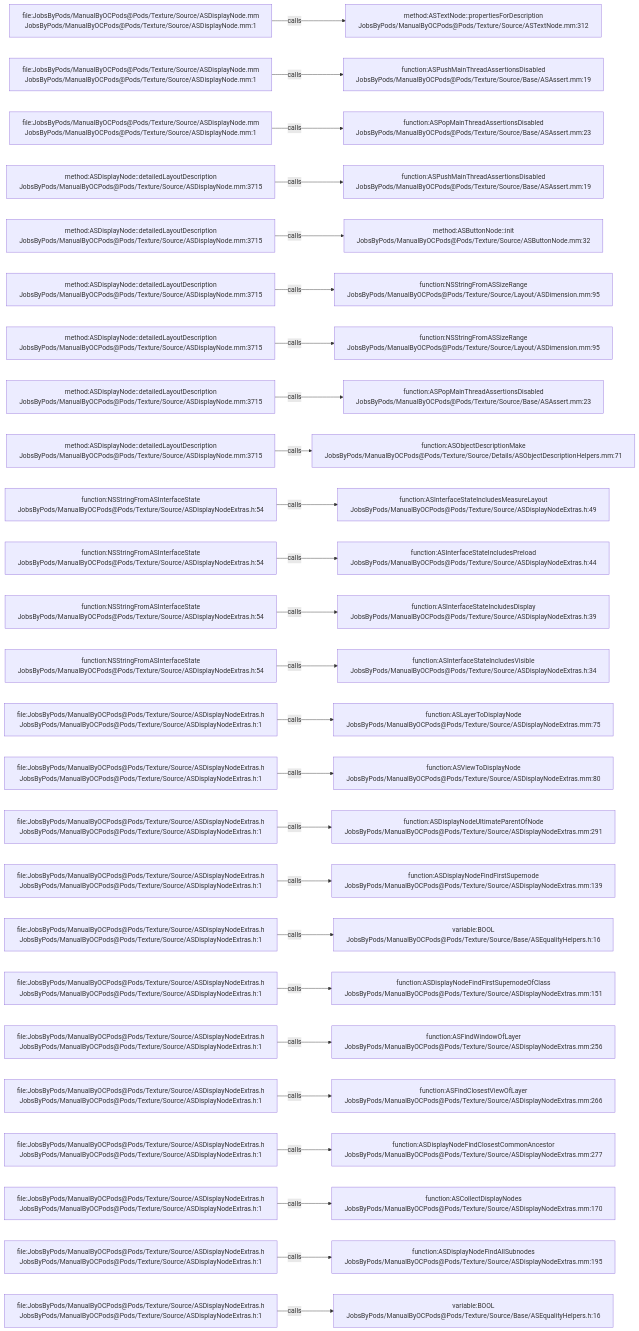
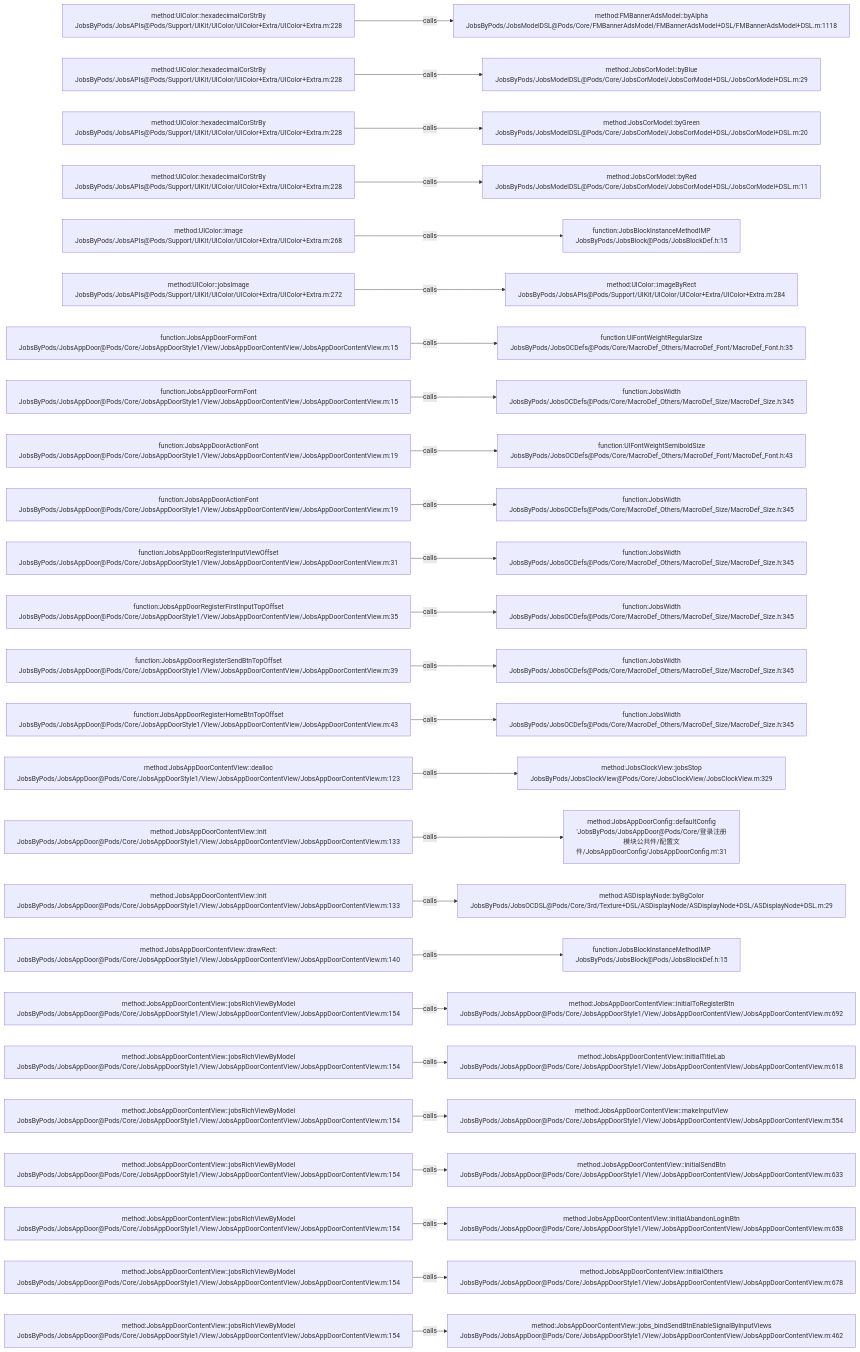
Before and after one commit to JobsKits/JobsOCBaseConfigDemo: the diagram in .codegraph/codegraph.md/graphs/calls-090.md, drawn with Mermaid. The commit also changed 768 other files, not shown here.

````diff
--- a/.codegraph/codegraph.md/graphs/calls-090.md
+++ b/.codegraph/codegraph.md/graphs/calls-090.md
@@ -13,78 +13,78 @@
 ```mermaid
 flowchart LR
-  S1["file:JobsByPods/ManualByOCPods@Pods/Texture/Source/ASDisplayNode.mm<br/>JobsByPods/ManualByOCPods@Pods/Texture/Source/ASDisplayNode.mm:1"]
-  T1["method:ASTextNode::propertiesForDescription<br/>JobsByPods/ManualByOCPods@Pods/Texture/Source/ASTextNode.mm:312"]
+  S1["method:UIColor::hexadecimalCorStrBy<br/>JobsByPods/JobsAPIs@Pods/Support/UIKit/UIColor/UIColor+Extra/UIColor+Extra.m:228"]
+  T1["method:FMBannerAdsModel::byAlpha<br/>JobsByPods/JobsModelDSL@Pods/Core/FMBannerAdsModel/FMBannerAdsModel+DSL/FMBannerAdsModel+DSL.m:1118"]
   S1 -->|calls| T1
-  S2["file:JobsByPods/ManualByOCPods@Pods/Texture/Source/ASDisplayNode.mm<br/>JobsByPods/ManualByOCPods@Pods/Texture/Source/ASDisplayNode.mm:1"]
-  T2["function:ASPushMainThreadAssertionsDisabled<br/>JobsByPods/ManualByOCPods@Pods/Texture/Source/Base/ASAssert.mm:19"]
+  S2["method:UIColor::hexadecimalCorStrBy<br/>JobsByPods/JobsAPIs@Pods/Support/UIKit/UIColor/UIColor+Extra/UIColor+Extra.m:228"]
+  T2["method:JobsCorModel::byBlue<br/>JobsByPods/JobsModelDSL@Pods/Core/JobsCorModel/JobsCorModel+DSL/JobsCorModel+DSL.m:29"]
   S2 -->|calls| T2
-  S3["file:JobsByPods/ManualByOCPods@Pods/Texture/Source/ASDisplayNode.mm<br/>JobsByPods/ManualByOCPods@Pods/Texture/Source/ASDisplayNode.mm:1"]
-  T3["function:ASPopMainThreadAssertionsDisabled<br/>JobsByPods/ManualByOCPods@Pods/Texture/Source/Base/ASAssert.mm:23"]
+  S3["method:UIColor::hexadecimalCorStrBy<br/>JobsByPods/JobsAPIs@Pods/Support/UIKit/UIColor/UIColor+Extra/UIColor+Extra.m:228"]
+  T3["method:JobsCorModel::byGreen<br/>JobsByPods/JobsModelDSL@Pods/Core/JobsCorModel/JobsCorModel+DSL/JobsCorModel+DSL.m:20"]
   S3 -->|calls| T3
-  S4["method:ASDisplayNode::detailedLayoutDescription<br/>JobsByPods/ManualByOCPods@Pods/Texture/Source/ASDisplayNode.mm:3715"]
-  T4["function:ASPushMainThreadAssertionsDisabled<br/>JobsByPods/ManualByOCPods@Pods/Texture/Source/Base/ASAssert.mm:19"]
+  S4["method:UIColor::hexadecimalCorStrBy<br/>JobsByPods/JobsAPIs@Pods/Support/UIKit/UIColor/UIColor+Extra/UIColor+Extra.m:228"]
+  T4["method:JobsCorModel::byRed<br/>JobsByPods/JobsModelDSL@Pods/Core/JobsCorModel/JobsCorModel+DSL/JobsCorModel+DSL.m:11"]
   S4 -->|calls| T4
-  S5["method:ASDisplayNode::detailedLayoutDescription<br/>JobsByPods/ManualByOCPods@Pods/Texture/Source/ASDisplayNode.mm:3715"]
-  T5["method:ASButtonNode::init<br/>JobsByPods/ManualByOCPods@Pods/Texture/Source/ASButtonNode.mm:32"]
+  S5["method:UIColor::image<br/>JobsByPods/JobsAPIs@Pods/Support/UIKit/UIColor/UIColor+Extra/UIColor+Extra.m:268"]
+  T5["function:JobsBlockInstanceMethodIMP<br/>JobsByPods/JobsBlock@Pods/JobsBlockDef.h:15"]
   S5 -->|calls| T5
-  S6["method:ASDisplayNode::detailedLayoutDescription<br/>JobsByPods/ManualByOCPods@Pods/Texture/Source/ASDisplayNode.mm:3715"]
-  T6["function:NSStringFromASSizeRange<br/>JobsByPods/ManualByOCPods@Pods/Texture/Source/Layout/ASDimension.mm:95"]
+  S6["method:UIColor::jobsImage<br/>JobsByPods/JobsAPIs@Pods/Support/UIKit/UIColor/UIColor+Extra/UIColor+Extra.m:272"]
+  T6["method:UIColor::imageByRect<br/>JobsByPods/JobsAPIs@Pods/Support/UIKit/UIColor/UIColor+Extra/UIColor+Extra.m:284"]
   S6 -->|calls| T6
-  S7["method:ASDisplayNode::detailedLayoutDescription<br/>JobsByPods/ManualByOCPods@Pods/Texture/Source/ASDisplayNode.mm:3715"]
-  T7["function:NSStringFromASSizeRange<br/>JobsByPods/ManualByOCPods@Pods/Texture/Source/Layout/ASDimension.mm:95"]
+  S7["function:JobsAppDoorFormFont<br/>JobsByPods/JobsAppDoor@Pods/Core/JobsAppDoorStyle1/View/JobsAppDoorContentView/JobsAppDoorContentView.m:15"]
+  T7["function:UIFontWeightRegularSize<br/>JobsByPods/JobsOCDefs@Pods/Core/MacroDef_Others/MacroDef_Font/MacroDef_Font.h:35"]
   S7 -->|calls| T7
-  S8["method:ASDisplayNode::detailedLayoutDescription<br/>JobsByPods/ManualByOCPods@Pods/Texture/Source/ASDisplayNode.mm:3715"]
-  T8["function:ASPopMainThreadAssertionsDisabled<br/>JobsByPods/ManualByOCPods@Pods/Texture/Source/Base/ASAssert.mm:23"]
+  S8["function:JobsAppDoorFormFont<br/>JobsByPods/JobsAppDoor@Pods/Core/JobsAppDoorStyle1/View/JobsAppDoorContentView/JobsAppDoorContentView.m:15"]
+  T8["function:JobsWidth<br/>JobsByPods/JobsOCDefs@Pods/Core/MacroDef_Others/MacroDef_Size/MacroDef_Size.h:345"]
   S8 -->|calls| T8
-  S9["method:ASDisplayNode::detailedLayoutDescription<br/>JobsByPods/ManualByOCPods@Pods/Texture/Source/ASDisplayNode.mm:3715"]
-  T9["function:ASObjectDescriptionMake<br/>JobsByPods/ManualByOCPods@Pods/Texture/Source/Details/ASObjectDescriptionHelpers.mm:71"]
+  S9["function:JobsAppDoorActionFont<br/>JobsByPods/JobsAppDoor@Pods/Core/JobsAppDoorStyle1/View/JobsAppDoorContentView/JobsAppDoorContentView.m:19"]
+  T9["function:UIFontWeightSemiboldSize<br/>JobsByPods/JobsOCDefs@Pods/Core/MacroDef_Others/MacroDef_Font/MacroDef_Font.h:43"]
   S9 -->|calls| T9
-  S10["function:NSStringFromASInterfaceState<br/>JobsByPods/ManualByOCPods@Pods/Texture/Source/ASDisplayNodeExtras.h:54"]
-  T10["function:ASInterfaceStateIncludesMeasureLayout<br/>JobsByPods/ManualByOCPods@Pods/Texture/Source/ASDisplayNodeExtras.h:49"]
+  S10["function:JobsAppDoorActionFont<br/>JobsByPods/JobsAppDoor@Pods/Core/JobsAppDoorStyle1/View/JobsAppDoorContentView/JobsAppDoorContentView.m:19"]
+  T10["function:JobsWidth<br/>JobsByPods/JobsOCDefs@Pods/Core/MacroDef_Others/MacroDef_Size/MacroDef_Size.h:345"]
   S10 -->|calls| T10
-  S11["function:NSStringFromASInterfaceState<br/>JobsByPods/ManualByOCPods@Pods/Texture/Source/ASDisplayNodeExtras.h:54"]
-  T11["function:ASInterfaceStateIncludesPreload<br/>JobsByPods/ManualByOCPods@Pods/Texture/Source/ASDisplayNodeExtras.h:44"]
+  S11["function:JobsAppDoorRegisterInputViewOffset<br/>JobsByPods/JobsAppDoor@Pods/Core/JobsAppDoorStyle1/View/JobsAppDoorContentView/JobsAppDoorContentView.m:31"]
+  T11["function:JobsWidth<br/>JobsByPods/JobsOCDefs@Pods/Core/MacroDef_Others/MacroDef_Size/MacroDef_Size.h:345"]
   S11 -->|calls| T11
-  S12["function:NSStringFromASInterfaceState<br/>JobsByPods/ManualByOCPods@Pods/Texture/Source/ASDisplayNodeExtras.h:54"]
-  T12["function:ASInterfaceStateIncludesDisplay<br/>JobsByPods/ManualByOCPods@Pods/Texture/Source/ASDisplayNodeExtras.h:39"]
+  S12["function:JobsAppDoorRegisterFirstInputTopOffset<br/>JobsByPods/JobsAppDoor@Pods/Core/JobsAppDoorStyle1/View/JobsAppDoorContentView/JobsAppDoorContentView.m:35"]
+  T12["function:JobsWidth<br/>JobsByPods/JobsOCDefs@Pods/Core/MacroDef_Others/MacroDef_Size/MacroDef_Size.h:345"]
   S12 -->|calls| T12
-  S13["function:NSStringFromASInterfaceState<br/>JobsByPods/ManualByOCPods@Pods/Texture/Source/ASDisplayNodeExtras.h:54"]
-  T13["function:ASInterfaceStateIncludesVisible<br/>JobsByPods/ManualByOCPods@Pods/Texture/Source/ASDisplayNodeExtras.h:34"]
+  S13["function:JobsAppDoorRegisterSendBtnTopOffset<br/>JobsByPods/JobsAppDoor@Pods/Core/JobsAppDoorStyle1/View/JobsAppDoorContentView/JobsAppDoorContentView.m:39"]
+  T13["function:JobsWidth<br/>JobsByPods/JobsOCDefs@Pods/Core/MacroDef_Others/MacroDef_Size/MacroDef_Size.h:345"]
   S13 -->|calls| T13
-  S14["file:JobsByPods/ManualByOCPods@Pods/Texture/Source/ASDisplayNodeExtras.h<br/>JobsByPods/ManualByOCPods@Pods/Texture/Source/ASDisplayNodeExtras.h:1"]
-  T14["function:ASLayerToDisplayNode<br/>JobsByPods/ManualByOCPods@Pods/Texture/Source/ASDisplayNodeExtras.mm:75"]
+  S14["function:JobsAppDoorRegisterHomeBtnTopOffset<br/>JobsByPods/JobsAppDoor@Pods/Core/JobsAppDoorStyle1/View/JobsAppDoorContentView/JobsAppDoorContentView.m:43"]
+  T14["function:JobsWidth<br/>JobsByPods/JobsOCDefs@Pods/Core/MacroDef_Others/MacroDef_Size/MacroDef_Size.h:345"]
   S14 -->|calls| T14
-  S15["file:JobsByPods/ManualByOCPods@Pods/Texture/Source/ASDisplayNodeExtras.h<br/>JobsByPods/ManualByOCPods@Pods/Texture/Source/ASDisplayNodeExtras.h:1"]
-  T15["function:ASViewToDisplayNode<br/>JobsByPods/ManualByOCPods@Pods/Texture/Source/ASDisplayNodeExtras.mm:80"]
+  S15["method:JobsAppDoorContentView::dealloc<br/>JobsByPods/JobsAppDoor@Pods/Core/JobsAppDoorStyle1/View/JobsAppDoorContentView/JobsAppDoorContentView.m:123"]
+  T15["method:JobsClockView::jobsStop<br/>JobsByPods/JobsClockView@Pods/Core/JobsClockView/JobsClockView.m:329"]
   S15 -->|calls| T15
-  S16["file:JobsByPods/ManualByOCPods@Pods/Texture/Source/ASDisplayNodeExtras.h<br/>JobsByPods/ManualByOCPods@Pods/Texture/Source/ASDisplayNodeExtras.h:1"]
-  T16["function:ASDisplayNodeUltimateParentOfNode<br/>JobsByPods/ManualByOCPods@Pods/Texture/Source/ASDisplayNodeExtras.mm:291"]
+  S16["method:JobsAppDoorContentView::init<br/>JobsByPods/JobsAppDoor@Pods/Core/JobsAppDoorStyle1/View/JobsAppDoorContentView/JobsAppDoorContentView.m:133"]
+  T16["method:JobsAppDoorConfig::defaultConfig<br/>'JobsByPods/JobsAppDoor@Pods/Core/登录注册模块公共件/配置文件/JobsAppDoorConfig/JobsAppDoorConfig.m':31"]
   S16 -->|calls| T16
-  S17["file:JobsByPods/ManualByOCPods@Pods/Texture/Source/ASDisplayNodeExtras.h<br/>JobsByPods/ManualByOCPods@Pods/Texture/Source/ASDisplayNodeExtras.h:1"]
-  T17["function:ASDisplayNodeFindFirstSupernode<br/>JobsByPods/ManualByOCPods@Pods/Texture/Source/ASDisplayNodeExtras.mm:139"]
+  S17["method:JobsAppDoorContentView::init<br/>JobsByPods/JobsAppDoor@Pods/Core/JobsAppDoorStyle1/View/JobsAppDoorContentView/JobsAppDoorContentView.m:133"]
+  T17["method:ASDisplayNode::byBgColor<br/>JobsByPods/JobsOCDSL@Pods/Core/3rd/Texture+DSL/ASDisplayNode/ASDisplayNode+DSL/ASDisplayNode+DSL.m:29"]
   S17 -->|calls| T17
-  S18["file:JobsByPods/ManualByOCPods@Pods/Texture/Source/ASDisplayNodeExtras.h<br/>JobsByPods/ManualByOCPods@Pods/Texture/Source/ASDisplayNodeExtras.h:1"]
-  T18["variable:BOOL<br/>JobsByPods/ManualByOCPods@Pods/Texture/Source/Base/ASEqualityHelpers.h:16"]
+  S18["method:JobsAppDoorContentView::drawRect:<br/>JobsByPods/JobsAppDoor@Pods/Core/JobsAppDoorStyle1/View/JobsAppDoorContentView/JobsAppDoorContentView.m:140"]
+  T18["function:JobsBlockInstanceMethodIMP<br/>JobsByPods/JobsBlock@Pods/JobsBlockDef.h:15"]
   S18 -->|calls| T18
-  S19["file:JobsByPods/ManualByOCPods@Pods/Texture/Source/ASDisplayNodeExtras.h<br/>JobsByPods/ManualByOCPods@Pods/Texture/Source/ASDisplayNodeExtras.h:1"]
-  T19["function:ASDisplayNodeFindFirstSupernodeOfClass<br/>JobsByPods/ManualByOCPods@Pods/Texture/Source/ASDisplayNodeExtras.mm:151"]
+  S19["method:JobsAppDoorContentView::jobsRichViewByModel<br/>JobsByPods/JobsAppDoor@Pods/Core/JobsAppDoorStyle1/View/JobsAppDoorContentView/JobsAppDoorContentView.m:154"]
+  T19["method:JobsAppDoorContentView::initialToRegisterBtn<br/>JobsByPods/JobsAppDoor@Pods/Core/JobsAppDoorStyle1/View/JobsAppDoorContentView/JobsAppDoorContentView.m:692"]
   S19 -->|calls| T19
-  S20["file:JobsByPods/ManualByOCPods@Pods/Texture/Source/ASDisplayNodeExtras.h<br/>JobsByPods/ManualByOCPods@Pods/Texture/Source/ASDisplayNodeExtras.h:1"]
-  T20["function:ASFindWindowOfLayer<br/>JobsByPods/ManualByOCPods@Pods/Texture/Source/ASDisplayNodeExtras.mm:256"]
+  S20["method:JobsAppDoorContentView::jobsRichViewByModel<br/>JobsByPods/JobsAppDoor@Pods/Core/JobsAppDoorStyle1/View/JobsAppDoorContentView/JobsAppDoorContentView.m:154"]
+  T20["method:JobsAppDoorContentView::initialTitleLab<br/>JobsByPods/JobsAppDoor@Pods/Core/JobsAppDoorStyle1/View/JobsAppDoorContentView/JobsAppDoorContentView.m:618"]
   S20 -->|calls| T20
-  S21["file:JobsByPods/ManualByOCPods@Pods/Texture/Source/ASDisplayNodeExtras.h<br/>JobsByPods/ManualByOCPods@Pods/Texture/Source/ASDisplayNodeExtras.h:1"]
-  T21["function:ASFindClosestViewOfLayer<br/>JobsByPods/ManualByOCPods@Pods/Texture/Source/ASDisplayNodeExtras.mm:266"]
+  S21["method:JobsAppDoorContentView::jobsRichViewByModel<br/>JobsByPods/JobsAppDoor@Pods/Core/JobsAppDoorStyle1/View/JobsAppDoorContentView/JobsAppDoorContentView.m:154"]
+  T21["method:JobsAppDoorContentView::makeInputView<br/>JobsByPods/JobsAppDoor@Pods/Core/JobsAppDoorStyle1/View/JobsAppDoorContentView/JobsAppDoorContentView.m:554"]
   S21 -->|calls| T21
-  S22["file:JobsByPods/ManualByOCPods@Pods/Texture/Source/ASDisplayNodeExtras.h<br/>JobsByPods/ManualByOCPods@Pods/Texture/Source/ASDisplayNodeExtras.h:1"]
-  T22["function:ASDisplayNodeFindClosestCommonAncestor<br/>JobsByPods/ManualByOCPods@Pods/Texture/Source/ASDisplayNodeExtras.mm:277"]
+  S22["method:JobsAppDoorContentView::jobsRichViewByModel<br/>JobsByPods/JobsAppDoor@Pods/Core/JobsAppDoorStyle1/View/JobsAppDoorContentView/JobsAppDoorContentView.m:154"]
+  T22["method:JobsAppDoorContentView::initialSendBtn<br/>JobsByPods/JobsAppDoor@Pods/Core/JobsAppDoorStyle1/View/JobsAppDoorContentView/JobsAppDoorContentView.m:633"]
   S22 -->|calls| T22
-  S23["file:JobsByPods/ManualByOCPods@Pods/Texture/Source/ASDisplayNodeExtras.h<br/>JobsByPods/ManualByOCPods@Pods/Texture/Source/ASDisplayNodeExtras.h:1"]
-  T23["function:ASCollectDisplayNodes<br/>JobsByPods/ManualByOCPods@Pods/Texture/Source/ASDisplayNodeExtras.mm:170"]
+  S23["method:JobsAppDoorContentView::jobsRichViewByModel<br/>JobsByPods/JobsAppDoor@Pods/Core/JobsAppDoorStyle1/View/JobsAppDoorContentView/JobsAppDoorContentView.m:154"]
+  T23["method:JobsAppDoorContentView::initialAbandonLoginBtn<br/>JobsByPods/JobsAppDoor@Pods/Core/JobsAppDoorStyle1/View/JobsAppDoorContentView/JobsAppDoorContentView.m:658"]
   S23 -->|calls| T23
-  S24["file:JobsByPods/ManualByOCPods@Pods/Texture/Source/ASDisplayNodeExtras.h<br/>JobsByPods/ManualByOCPods@Pods/Texture/Source/ASDisplayNodeExtras.h:1"]
-  T24["function:ASDisplayNodeFindAllSubnodes<br/>JobsByPods/ManualByOCPods@Pods/Texture/Source/ASDisplayNodeExtras.mm:195"]
+  S24["method:JobsAppDoorContentView::jobsRichViewByModel<br/>JobsByPods/JobsAppDoor@Pods/Core/JobsAppDoorStyle1/View/JobsAppDoorContentView/JobsAppDoorContentView.m:154"]
+  T24["method:JobsAppDoorContentView::initialOthers<br/>JobsByPods/JobsAppDoor@Pods/Core/JobsAppDoorStyle1/View/JobsAppDoorContentView/JobsAppDoorContentView.m:678"]
   S24 -->|calls| T24
-  S25["file:JobsByPods/ManualByOCPods@Pods/Texture/Source/ASDisplayNodeExtras.h<br/>JobsByPods/ManualByOCPods@Pods/Texture/Source/ASDisplayNodeExtras.h:1"]
-  T25["variable:BOOL<br/>JobsByPods/ManualByOCPods@Pods/Texture/Source/Base/ASEqualityHelpers.h:16"]
+  S25["method:JobsAppDoorContentView::jobsRichViewByModel<br/>JobsByPods/JobsAppDoor@Pods/Core/JobsAppDoorStyle1/View/JobsAppDoorContentView/JobsAppDoorContentView.m:154"]
+  T25["method:JobsAppDoorContentView::jobs_bindSendBtnEnableSignalByInputViews<br/>JobsByPods/JobsAppDoor@Pods/Core/JobsAppDoorStyle1/View/JobsAppDoorContentView/JobsAppDoorContentView.m:462"]
   S25 -->|calls| T25
 ```
````
